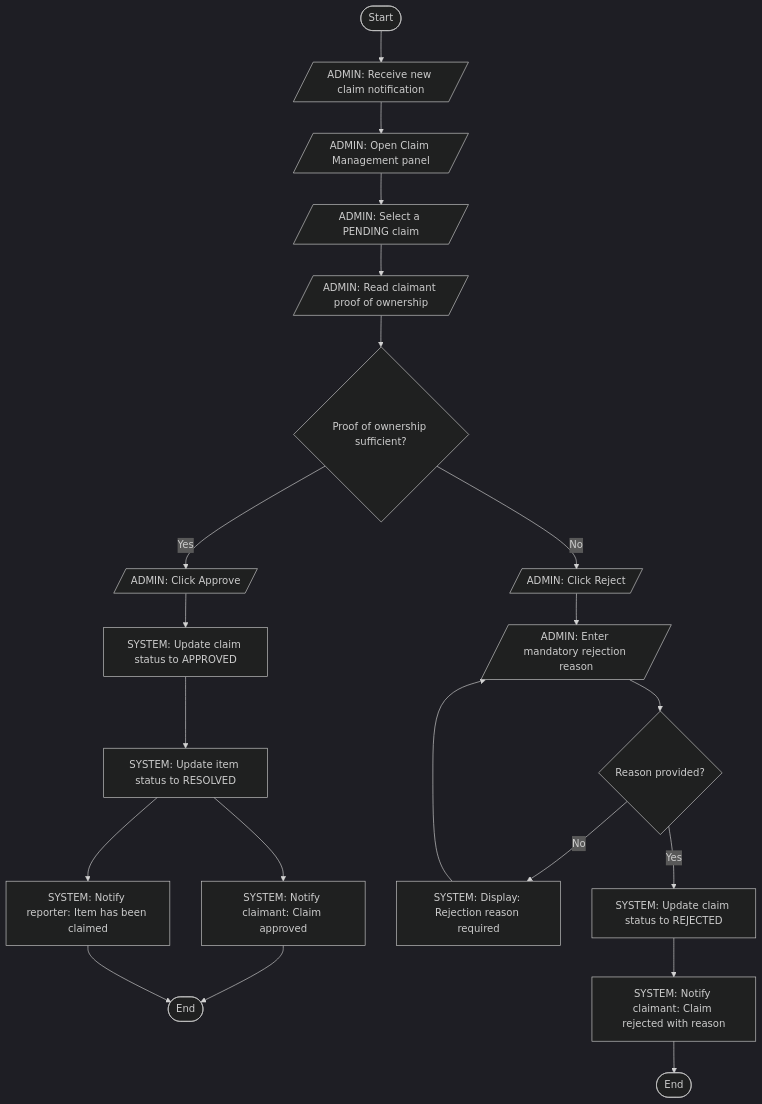
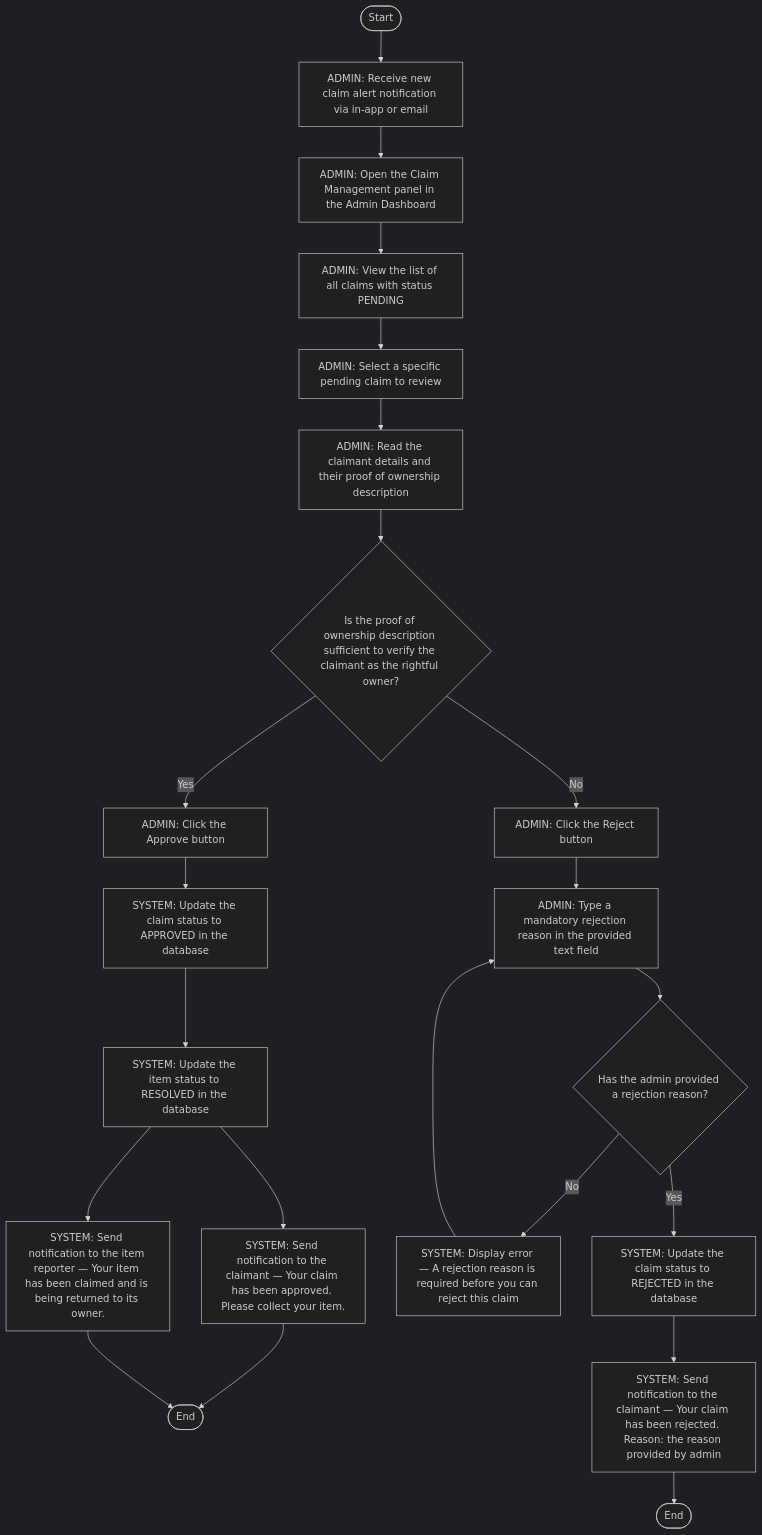
The fifth of 8 diagrams in ACTIVITY_DIAGRAMS.md (Skiet88/campus-lost-and-found), drawn with Mermaid (dark theme) before and after one commit. The commit also changed other lines of this file, not shown here.

````diff
--- a/ACTIVITY_DIAGRAMS.md
+++ b/ACTIVITY_DIAGRAMS.md
@@ -166,25 +165,25 @@
 ```mermaid
 flowchart TD
-    S([Start]) --> A
-
-    A[/"ADMIN: Receive new claim notification"/]
-    A --> B[/"ADMIN: Open Claim Management panel"/]
-    B --> C[/"ADMIN: Select a PENDING claim"/]
-    C --> D[/"ADMIN: Read claimant proof of ownership"/]
-    D --> E{Proof of ownership sufficient?}
-    E -->|Yes| F[/"ADMIN: Click Approve"/]
-    F --> G["SYSTEM: Update claim status to APPROVED"]
-    G --> H["SYSTEM: Update item status to RESOLVED"]
-    H --> I["SYSTEM: Notify claimant: Claim approved"]
-    H --> J["SYSTEM: Notify reporter: Item has been claimed"]
-    I --> E1([End])
-    J --> E1
-    E -->|No| K[/"ADMIN: Click Reject"/]
-    K --> L[/"ADMIN: Enter mandatory rejection reason"/]
-    L --> M{Reason provided?}
-    M -->|No| N["SYSTEM: Display: Rejection reason required"]
-    N --> L
-    M -->|Yes| O["SYSTEM: Update claim status to REJECTED"]
-    O --> P["SYSTEM: Notify claimant: Claim rejected with reason"]
-    P --> E2([End])
+    S([Start]) --> A1
+    A1["ADMIN: Receive new claim alert notification via in-app or email"]
+    A1 --> A2["ADMIN: Open the Claim Management panel in the Admin Dashboard"]
+    A2 --> A3["ADMIN: View the list of all claims with status PENDING"]
+    A3 --> A4["ADMIN: Select a specific pending claim to review"]
+    A4 --> A5["ADMIN: Read the claimant details and their proof of ownership description"]
+    A5 --> D1{Is the proof of ownership description sufficient to verify the claimant as the rightful owner?}
+    D1 -->|Yes| A6["ADMIN: Click the Approve button"]
+    A6 --> A7["SYSTEM: Update the claim status to APPROVED in the database"]
+    A7 --> A8["SYSTEM: Update the item status to RESOLVED in the database"]
+    A8 --> A9["SYSTEM: Send notification to the claimant — Your claim has been approved. Please collect your item."]
+    A8 --> A10["SYSTEM: Send notification to the item reporter — Your item has been claimed and is being returned to its owner."]
+    A9 --> E1([End])
+    A10 --> E1
+    D1 -->|No| A11["ADMIN: Click the Reject button"]
+    A11 --> A12["ADMIN: Type a mandatory rejection reason in the provided text field"]
+    A12 --> D2{Has the admin provided a rejection reason?}
+    D2 -->|No| A13["SYSTEM: Display error — A rejection reason is required before you can reject this claim"]
+    A13 --> A12
+    D2 -->|Yes| A14["SYSTEM: Update the claim status to REJECTED in the database"]
+    A14 --> A15["SYSTEM: Send notification to the claimant — Your claim has been rejected. Reason: the reason provided by admin"]
+    A15 --> E2([End])
 ```
````
